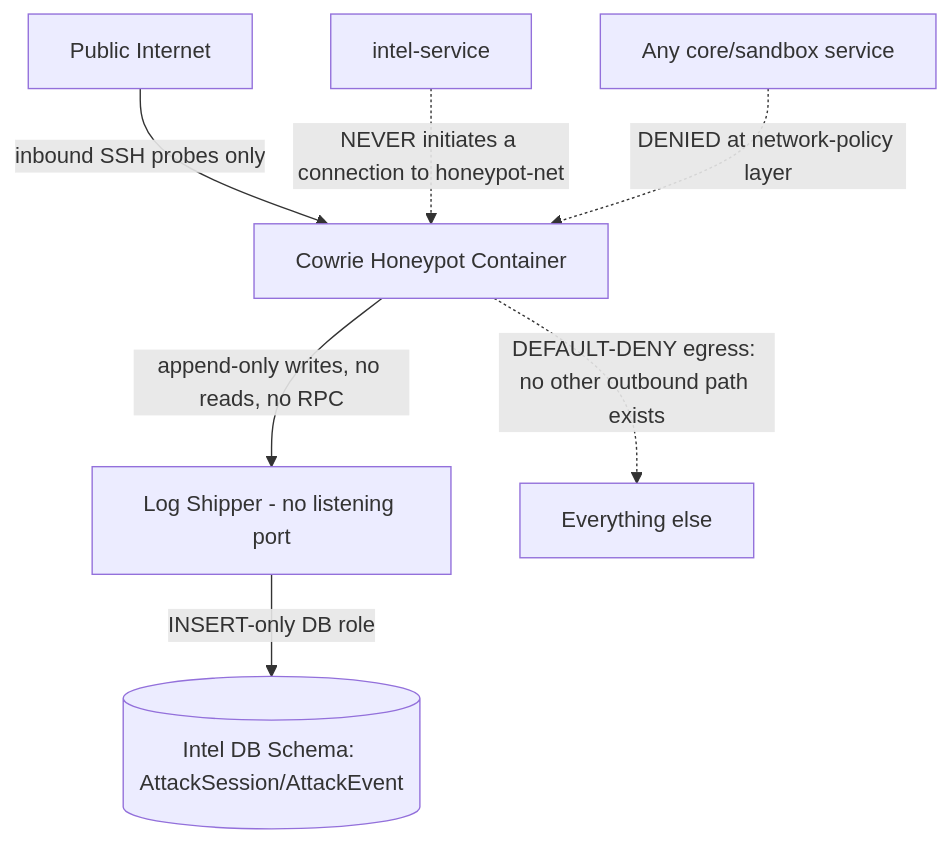
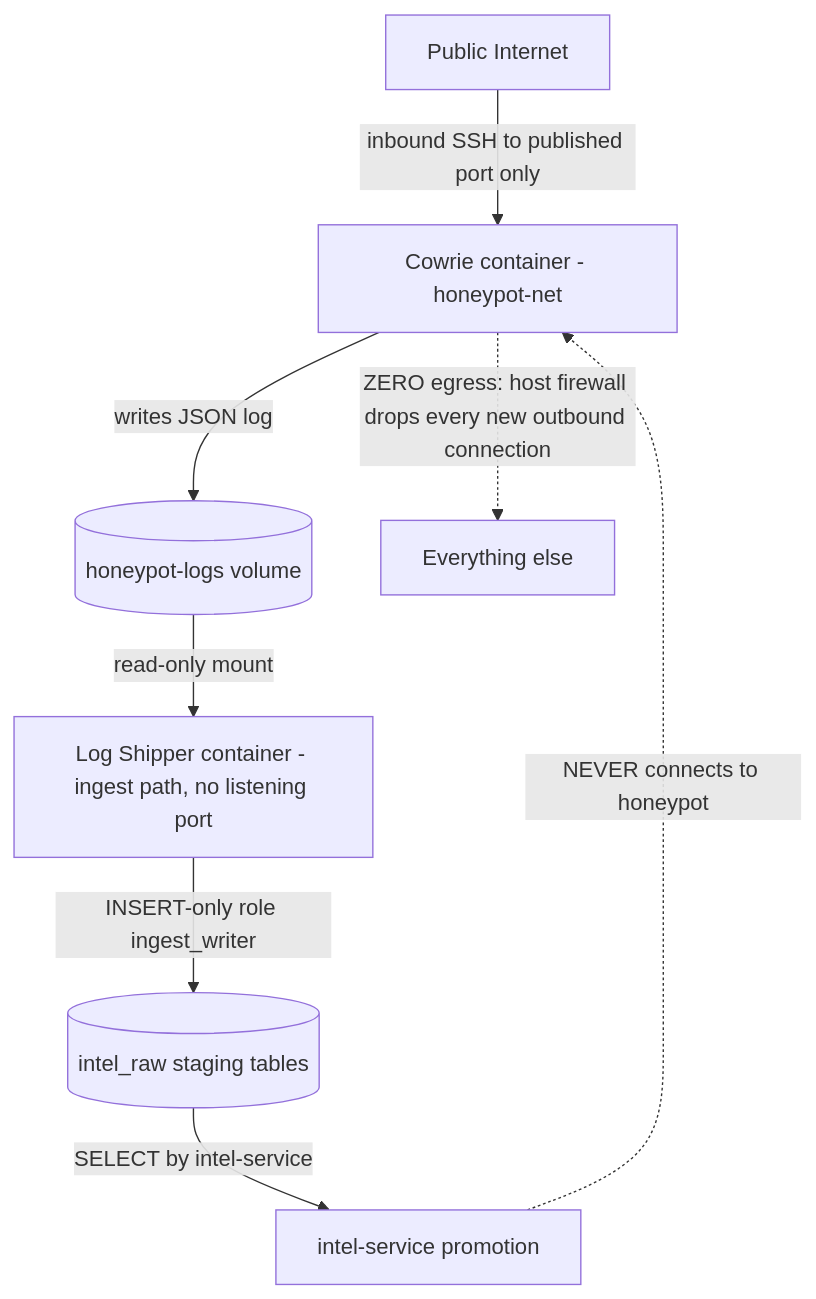
One commit to Shriram28Baskar/Adversary-in-the-loop changed the fourth of 9 diagrams in ARCHITECTURE.md. Above: the diagram before and after it, drawn with Mermaid. The commit also changed other lines of this file and 3 other files, not shown here.

````diff
--- a/ARCHITECTURE.md
+++ b/ARCHITECTURE.md
@@ -169,9 +183,10 @@
 ```mermaid
 flowchart TB
-    INTERNET[Public Internet] -->|inbound SSH probes only| COWRIE[Cowrie Honeypot Container]
-    COWRIE -->|append-only writes, no reads, no RPC| LOGSHIP[Log Shipper - no listening port]
-    LOGSHIP -->|INSERT-only DB role| INTELDB[(Intel DB Schema: AttackSession/AttackEvent)]
-    COWRIE -.->|DEFAULT-DENY egress: no other outbound path exists| ELSEWHERE[Everything else]
-    INTELSVC[intel-service] -.->|NEVER initiates a connection to honeypot-net| COWRIE
-    CORE[Any core/sandbox service] -.->|DENIED at network-policy layer| COWRIE
+    INTERNET[Public Internet] -->|inbound SSH to published port only| COWRIE[Cowrie container - honeypot-net]
+    COWRIE -->|writes JSON log| VOL[(honeypot-logs volume)]
+    VOL -->|read-only mount| SHIP[Log Shipper container - ingest path, no listening port]
+    SHIP -->|INSERT-only role ingest_writer| RAW[(intel_raw staging tables)]
+    RAW -->|SELECT by intel-service| PROMO[intel-service promotion]
+    COWRIE -.->|ZERO egress: host firewall drops every new outbound connection| ELSEWHERE[Everything else]
+    PROMO -.->|NEVER connects to honeypot| COWRIE
 ```
````
